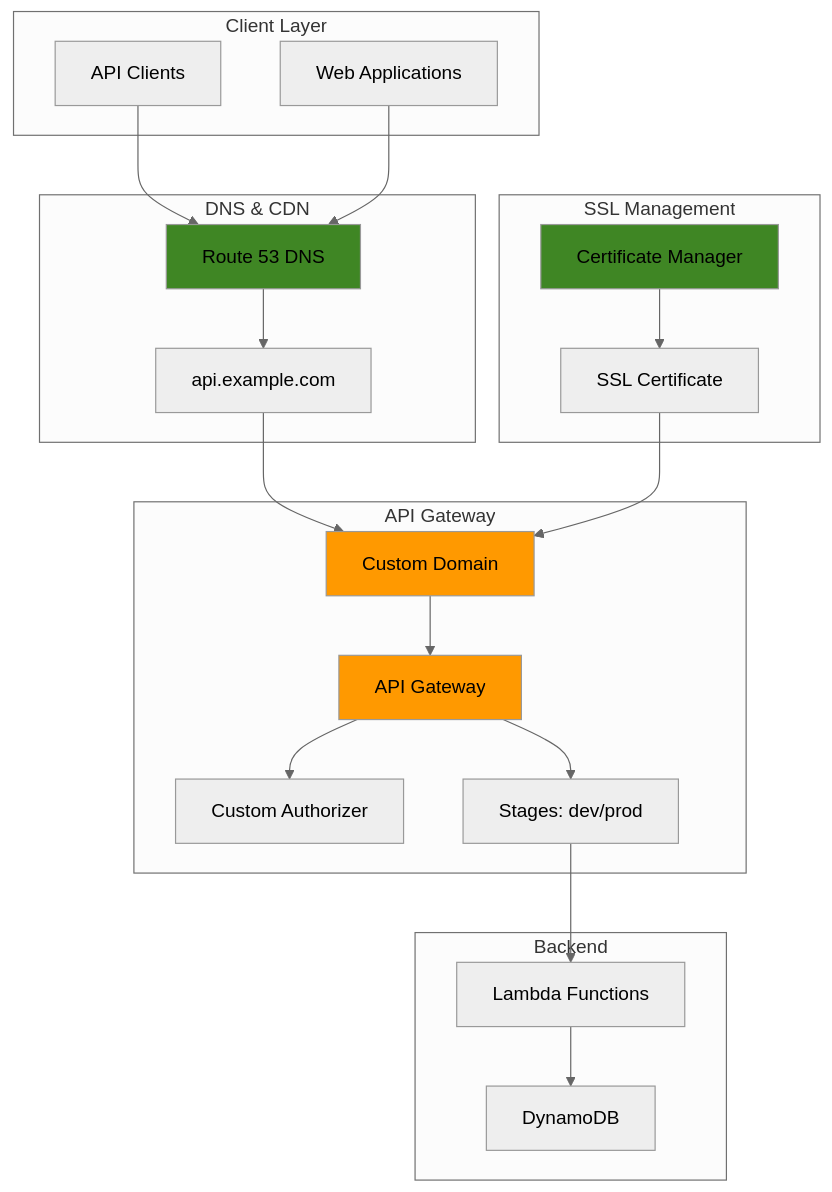
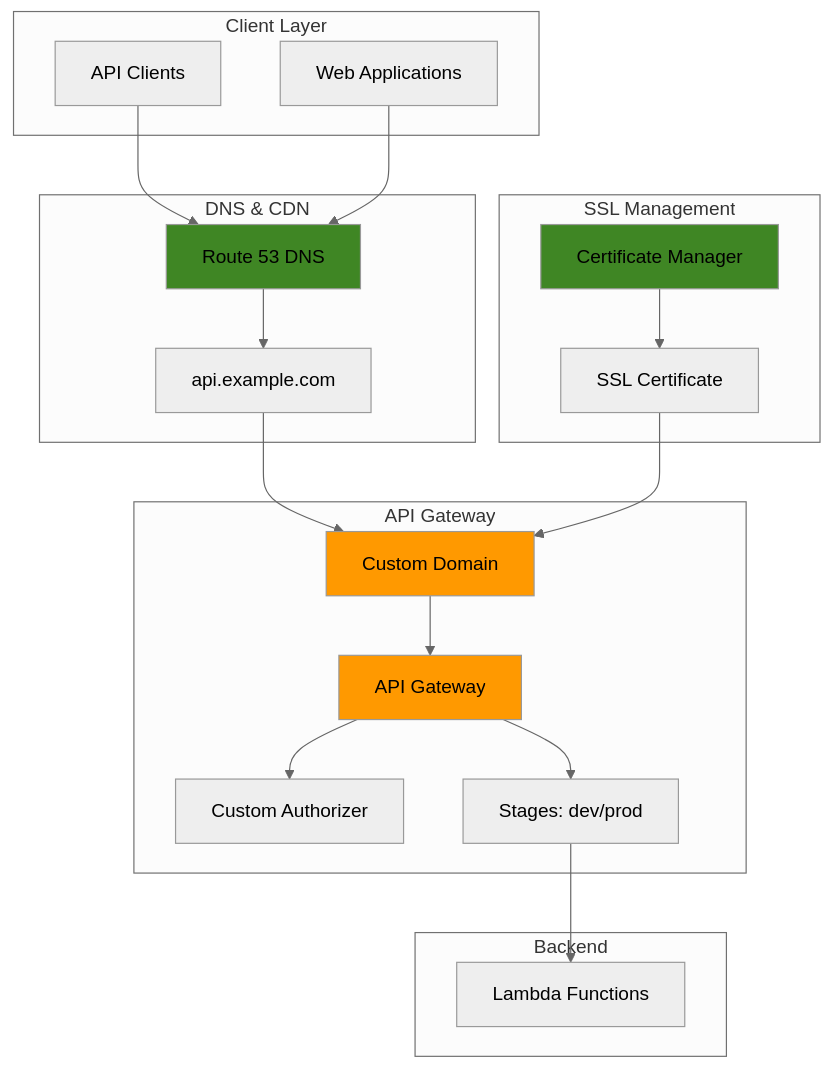
The diagram in aws/api-gateway-custom-domains/api-gateway-custom-domains.md (mzazon/awesome-cloud-projects), drawn with Mermaid (neutral theme) before and after one commit. The commit also changed other lines of this file and 5581 other files, not shown here.

````diff
--- a/aws/api-gateway-custom-domains/api-gateway-custom-domains.md
+++ b/aws/api-gateway-custom-domains/api-gateway-custom-domains.md
@@ -31,46 +30,44 @@
 ```mermaid
 graph TB
     subgraph "Client Layer"
         CLIENT[API Clients]
         BROWSER[Web Applications]
     end
     
     subgraph "DNS & CDN"
         ROUTE53[Route 53 DNS]
         CUSTOM[api.example.com]
     end
     
     subgraph "API Gateway"
         DOMAIN[Custom Domain]
         GATEWAY[API Gateway]
         AUTHORIZER[Custom Authorizer]
         STAGES[Stages: dev/prod]
     end
     
     subgraph "SSL Management"
         ACM[Certificate Manager]
         CERT[SSL Certificate]
     end
     
     subgraph "Backend"
         LAMBDA[Lambda Functions]
-        DYNAMO[DynamoDB]
     end
     
     CLIENT --> ROUTE53
     BROWSER --> ROUTE53
     ROUTE53 --> CUSTOM
     CUSTOM --> DOMAIN
     DOMAIN --> GATEWAY
     GATEWAY --> AUTHORIZER
     GATEWAY --> STAGES
     STAGES --> LAMBDA
-    LAMBDA --> DYNAMO
     ACM --> CERT
     CERT --> DOMAIN
     
     style DOMAIN fill:#FF9900
     style GATEWAY fill:#FF9900
     style ACM fill:#3F8624
     style ROUTE53 fill:#3F8624
 ```
````
